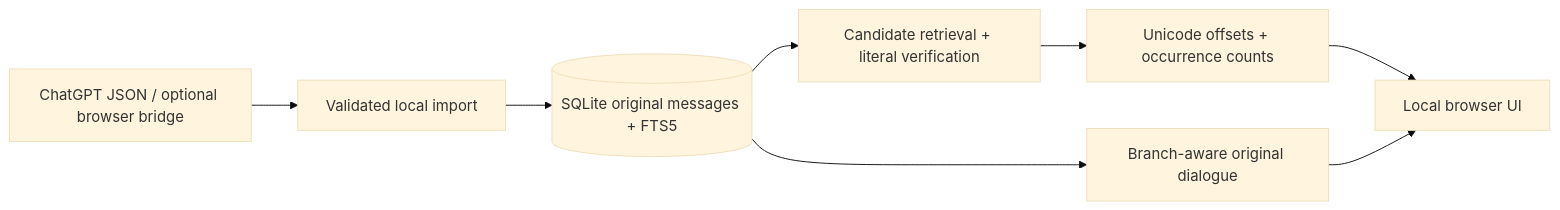
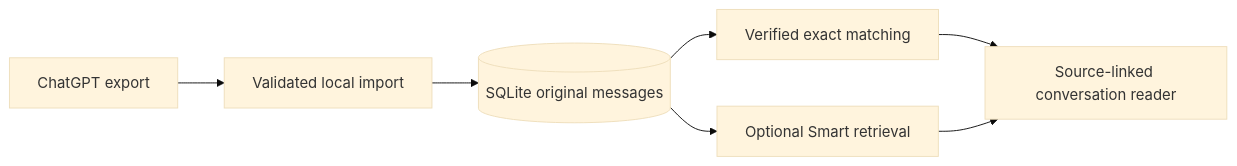
The diagram in README.md (hotpotkiller/chat-recall), drawn with Mermaid (base theme) before and after one commit. The commit also changed other lines of this file and 33 other files, not shown here.

````diff
--- a/README.md
+++ b/README.md
@@ -61,10 +67,9 @@
 ```mermaid
 flowchart LR
-    A[ChatGPT JSON / optional browser bridge] --> B[Validated local import]
-    B --> C[(SQLite original messages + FTS5)]
-    C --> D[Candidate retrieval + literal verification]
-    D --> E[Unicode offsets + occurrence counts]
-    E --> F[Local browser UI]
-    C --> G[Branch-aware original dialogue]
-    G --> F
+    A[ChatGPT export] --> B[Validated local import]
+    B --> C[(SQLite original messages)]
+    C --> D[Verified exact matching]
+    C --> E[Optional Smart retrieval]
+    D --> F[Source-linked conversation reader]
+    E --> F
 ```
````
